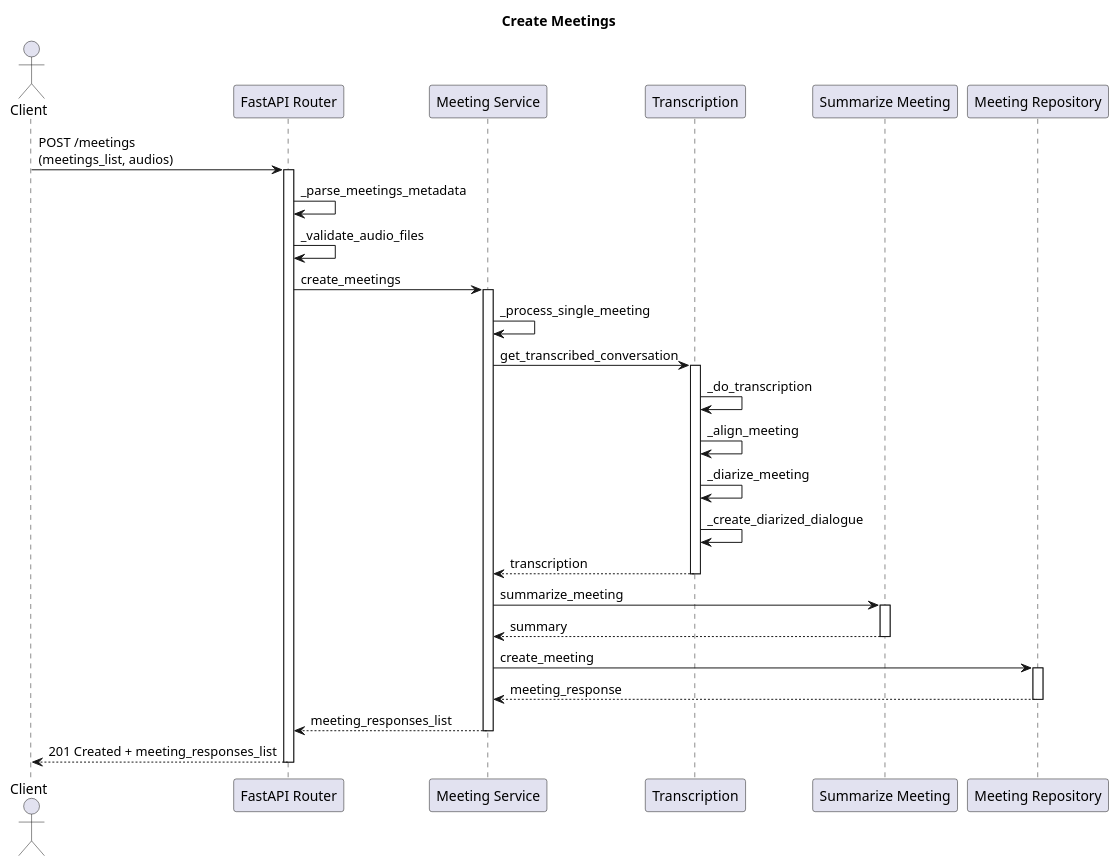
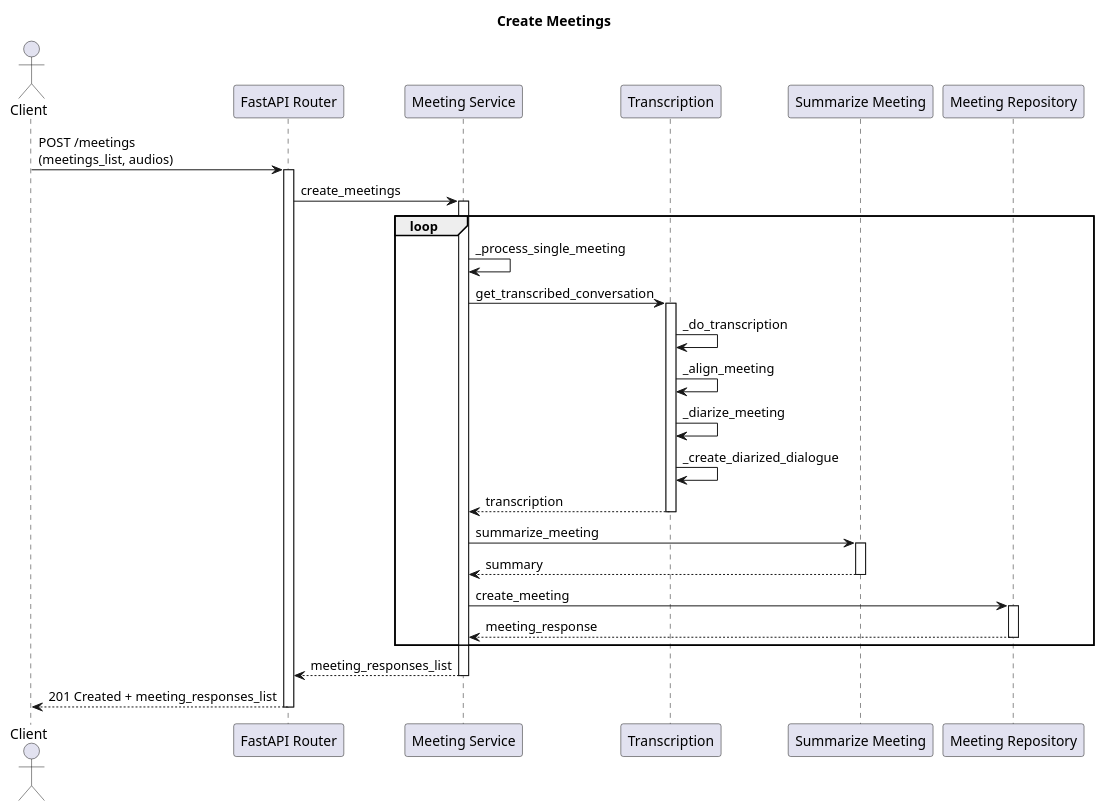
One commit to estebansuarezcalvoudc/Memento changed the diagram in Backend/docs/sequence_diagrams/create_meetings.pu. Above: the diagram before and after it, drawn with PlantUML.

Commit message:
Añadir bucle y eliminar métodos poco relevantes en create_meetings

```diff
--- a/Backend/docs/sequence_diagrams/create_meetings.pu
+++ b/Backend/docs/sequence_diagrams/create_meetings.pu
@@ -1,47 +1,47 @@
 @startuml Create Meetings
 
 title Create Meetings
 
 actor Client
 participant "FastAPI Router" as Router
 participant "Meeting Service" as Service
 participant "Transcription" as Transcriber
 participant "Summarize Meeting" as Summarizer
 participant "Meeting Repository" as Repository
 
 Client -> Router : POST /meetings\n(meetings_list, audios)
 
 activate Router
-Router -> Router : _parse_meetings_metadata
-Router -> Router : _validate_audio_files
 Router -> Service : create_meetings
 
 activate Service
-Service -> Service : _process_single_meeting
-Service -> Transcriber : get_transcribed_conversation
+loop
+    Service -> Service : _process_single_meeting
+    Service -> Transcriber : get_transcribed_conversation
 
-activate Transcriber
-Transcriber -> Transcriber: _do_transcription
-Transcriber -> Transcriber: _align_meeting
-Transcriber -> Transcriber: _diarize_meeting
-Transcriber -> Transcriber: _create_diarized_dialogue
-Service <-- Transcriber: transcription
-deactivate Transcriber
+    activate Transcriber
+    Transcriber -> Transcriber: _do_transcription
+    Transcriber -> Transcriber: _align_meeting
+    Transcriber -> Transcriber: _diarize_meeting
+    Transcriber -> Transcriber: _create_diarized_dialogue
+    Service <-- Transcriber: transcription
+    deactivate Transcriber
 
-Service -> Summarizer: summarize_meeting
-activate Summarizer
-Service <-- Summarizer: summary
-deactivate Summarizer
+    Service -> Summarizer: summarize_meeting
+    activate Summarizer
+    Service <-- Summarizer: summary
+    deactivate Summarizer
 
-Service -> Repository: create_meeting
-activate Repository
-Service <-- Repository: meeting_response
-deactivate Repository
+    Service -> Repository: create_meeting
+    activate Repository
+    Service <-- Repository: meeting_response
+    deactivate Repository
+end
 
 Router <-- Service: meeting_responses_list
 deactivate Service
 
 Client <-- Router: 201 Created + meeting_responses_list
 deactivate Router
 
 @enduml
```
